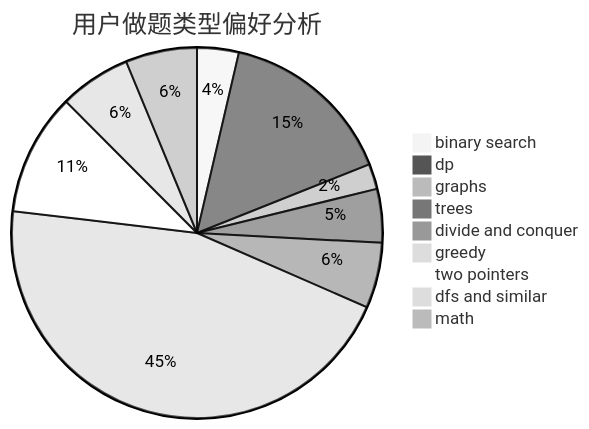
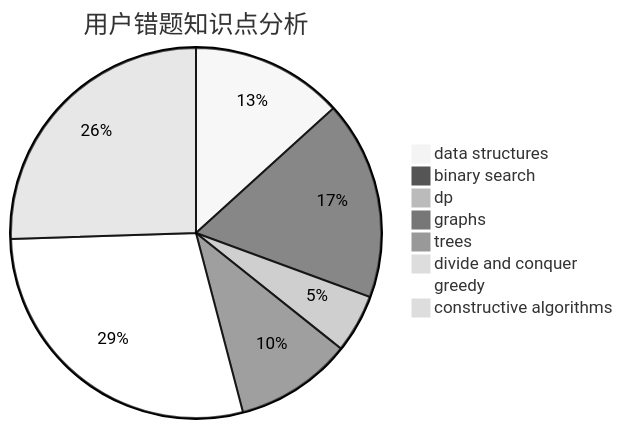
The third of 3 diagrams in docs/user/u2232.md (sherpahu/cfrs.github.io), drawn with Mermaid (neutral theme) before and after one commit. The commit also changed other lines of this file and 2775 other files, not shown here.

````diff
--- a/docs/user/u2232.md
+++ b/docs/user/u2232.md
@@ -23,12 +36,11 @@
 ```mermaid
-pie title 用户做题类型偏好分析
-    "binary search" :  28
-    "dp" :  118
-    "graphs" :  17
-    "trees" :  36
-    "divide and conquer" :  44
-    "greedy" :  349
-    "two pointers" :  82
-    "dfs and similar" :  48
-    "math" :  48
+pie title 用户错题知识点分析
+    "data structures" :  13
+    "binary search" :  17
+    "dp" :  5
+    "graphs" :  10
+    "trees" :  0
+    "divide and conquer" :  0
+    "greedy" :  28
+    "constructive algorithms" :  25
 ```
````
